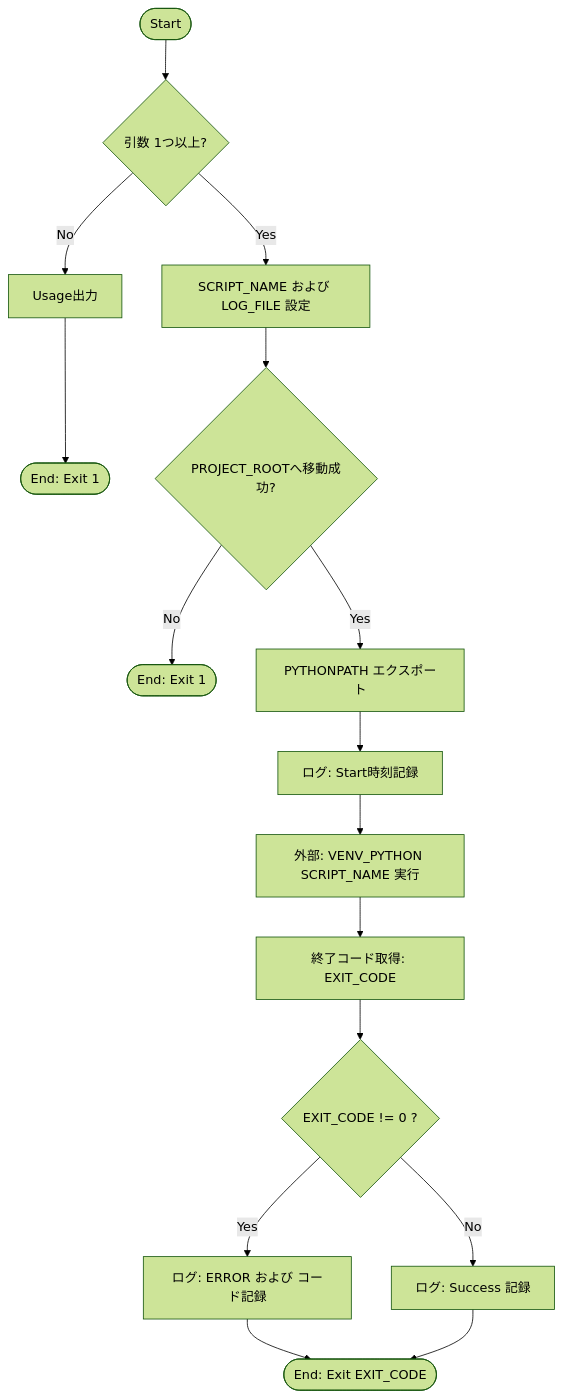
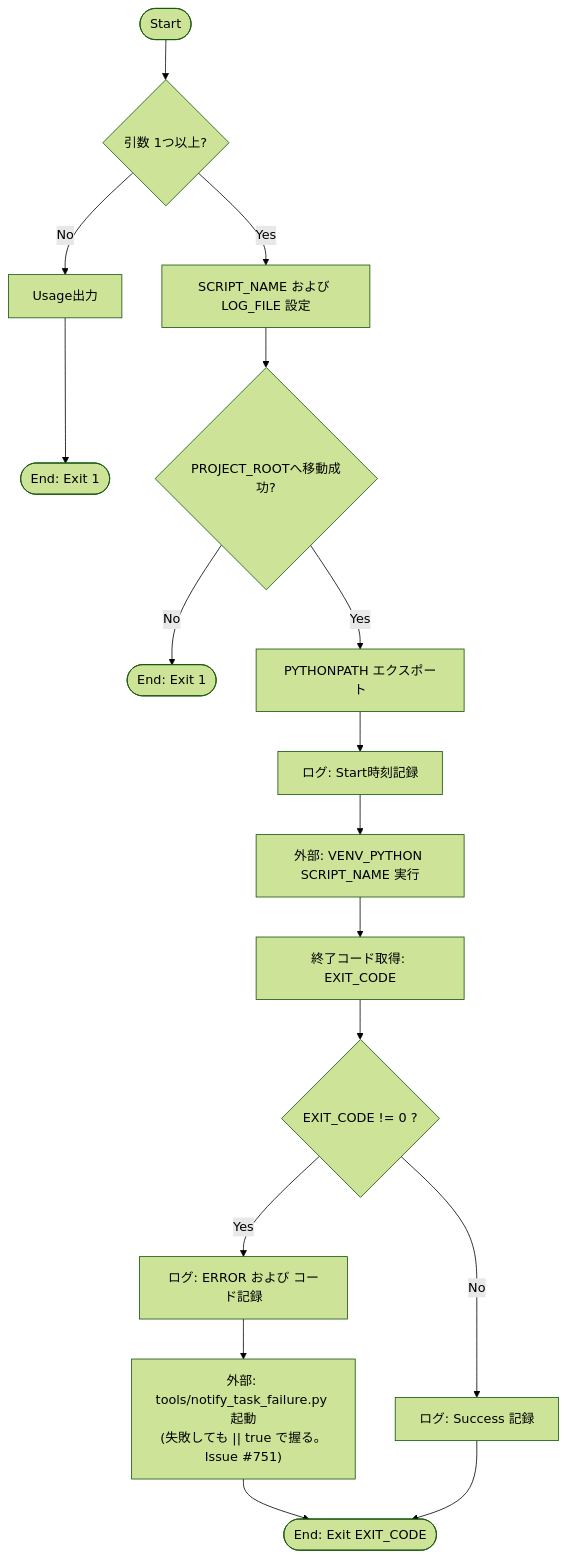
Before and after one commit to mmtigers/my_python_project: the first of 2 diagrams in docs/specifications/MY_HOME_SYSTEM/run_task.md, drawn with Mermaid (forest theme). The commit also changed other lines of this file and 66 other files, not shown here.

````diff
--- a/docs/specifications/MY_HOME_SYSTEM/run_task.md
+++ b/docs/specifications/MY_HOME_SYSTEM/run_task.md
@@ -95,19 +102,20 @@
 ```mermaid
 flowchart TD
     Start([Start]) --> CheckArgs{引数 1つ以上?}
     CheckArgs -- No --> PrintUsage[Usage出力]
     PrintUsage --> Exit1([End: Exit 1])
     CheckArgs -- Yes --> SetVars[SCRIPT_NAME および LOG_FILE 設定]
     SetVars --> ChangeDir{PROJECT_ROOTへ移動成功?}
     ChangeDir -- No --> Exit1Dir([End: Exit 1])
     ChangeDir -- Yes --> ExportPythonPath[PYTHONPATH エクスポート]
     ExportPythonPath --> LogStart[ログ: Start時刻記録]
     LogStart --> ExecScript[外部: VENV_PYTHON SCRIPT_NAME 実行]
     ExecScript --> CaptureExitCode[終了コード取得: EXIT_CODE]
     CaptureExitCode --> CheckExitCode{EXIT_CODE != 0 ?}
     CheckExitCode -- Yes --> LogError[ログ: ERROR および コード記録]
-    LogError --> ExitFinal([End: Exit EXIT_CODE])
+    LogError --> Notify["外部: tools/notify_task_failure.py 起動<br/>(失敗しても || true で握る。Issue #751)"]
+    Notify --> ExitFinal([End: Exit EXIT_CODE])
     CheckExitCode -- No --> LogSuccess[ログ: Success 記録]
     LogSuccess --> ExitFinal
 
 ```
````
